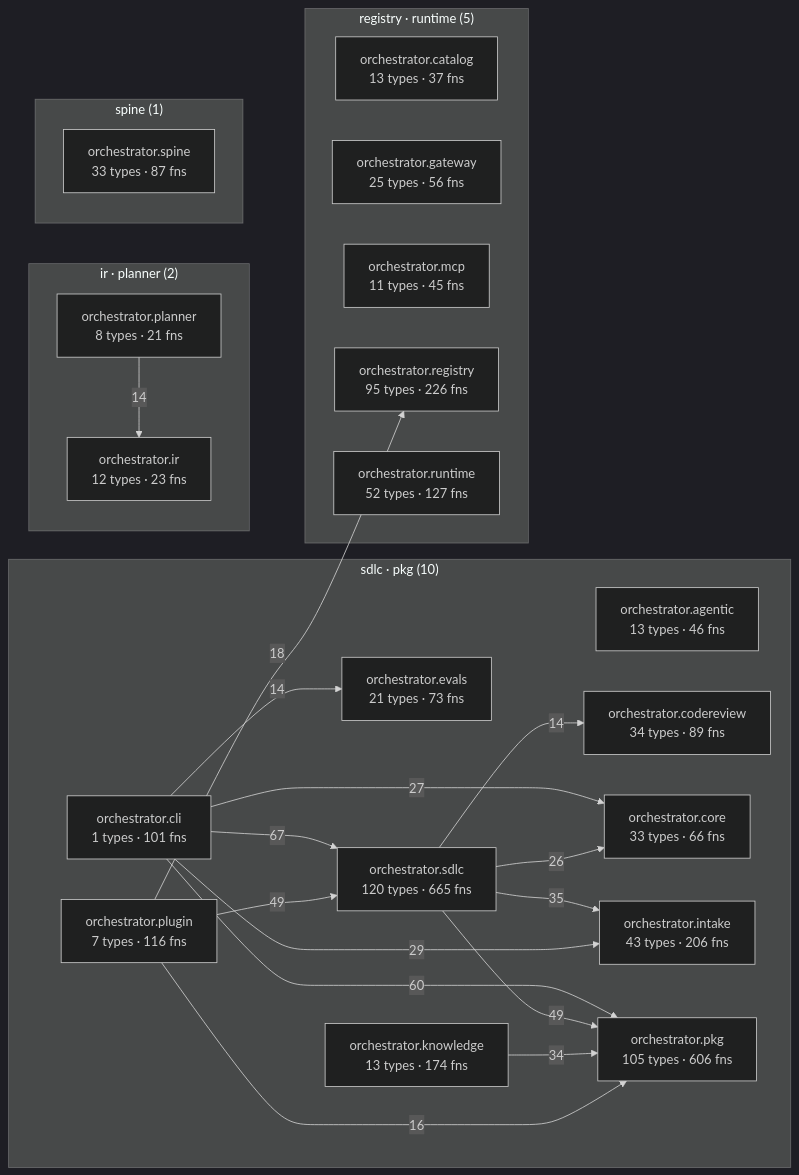
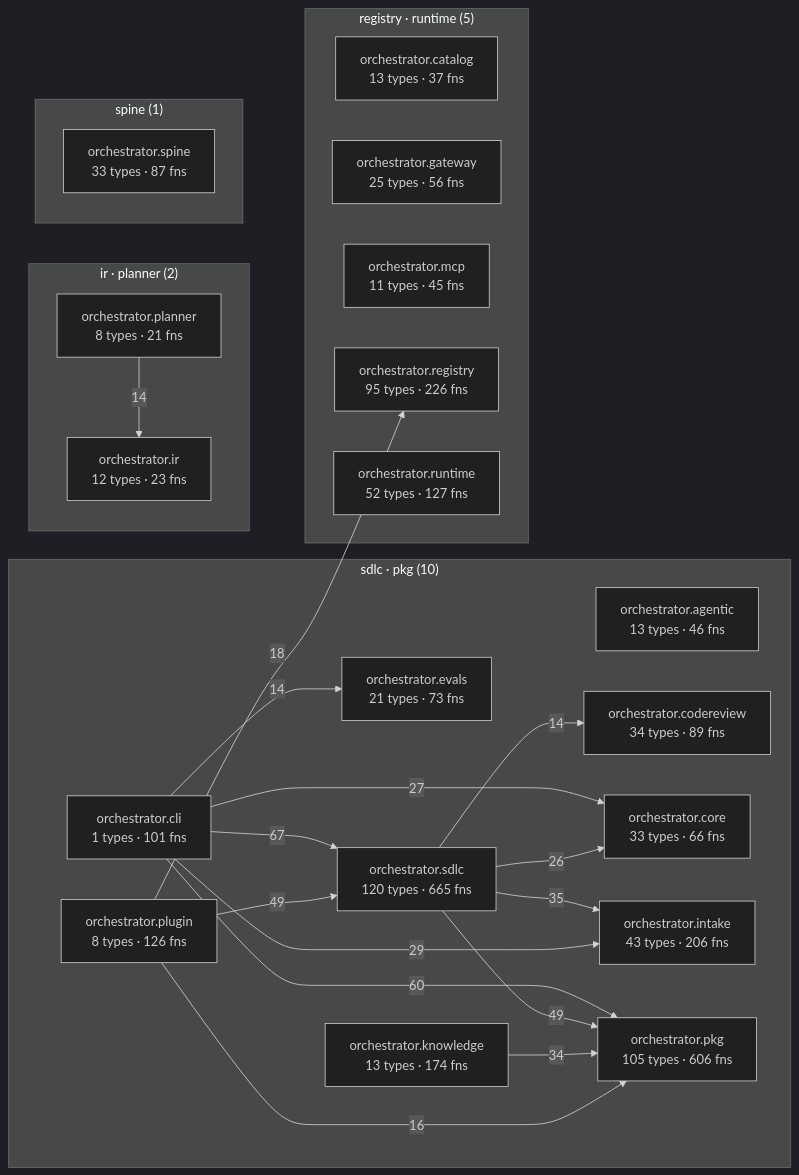
Before and after one commit to synaptixs/spine: the diagram in episteme/architecture.md, drawn with Mermaid (dark theme). The commit also changed other lines of this file and 15 other files, not shown here.

````diff
--- a/episteme/architecture.md
+++ b/episteme/architecture.md
@@ -54,43 +54,43 @@
 ```mermaid
 flowchart LR
   subgraph c_2["sdlc · pkg (10)"]
     aorchestratoragentic["orchestrator.agentic<br/>13 types · 46 fns"]
     aorchestratorcli["orchestrator.cli<br/>1 types · 101 fns"]
     aorchestratorcodereview["orchestrator.codereview<br/>34 types · 89 fns"]
     aorchestratorcore["orchestrator.core<br/>33 types · 66 fns"]
     aorchestratorevals["orchestrator.evals<br/>21 types · 73 fns"]
     aorchestratorintake["orchestrator.intake<br/>43 types · 206 fns"]
     aorchestratorknowledge["orchestrator.knowledge<br/>13 types · 174 fns"]
     aorchestratorpkg["orchestrator.pkg<br/>105 types · 606 fns"]
-    aorchestratorplugin["orchestrator.plugin<br/>7 types · 116 fns"]
+    aorchestratorplugin["orchestrator.plugin<br/>8 types · 126 fns"]
     aorchestratorsdlc["orchestrator.sdlc<br/>120 types · 665 fns"]
   end
   subgraph c_4["registry · runtime (5)"]
     aorchestratorcatalog["orchestrator.catalog<br/>13 types · 37 fns"]
     aorchestratorgateway["orchestrator.gateway<br/>25 types · 56 fns"]
     aorchestratormcp["orchestrator.mcp<br/>11 types · 45 fns"]
     aorchestratorregistry["orchestrator.registry<br/>95 types · 226 fns"]
     aorchestratorruntime["orchestrator.runtime<br/>52 types · 127 fns"]
   end
   subgraph c_7["ir · planner (2)"]
     aorchestratorir["orchestrator.ir<br/>12 types · 23 fns"]
     aorchestratorplanner["orchestrator.planner<br/>8 types · 21 fns"]
   end
   subgraph c_12["spine (1)"]
     aorchestratorspine["orchestrator.spine<br/>33 types · 87 fns"]
   end
   aorchestratorcli -->|67| aorchestratorsdlc
   aorchestratorcli -->|60| aorchestratorpkg
   aorchestratorplugin -->|49| aorchestratorsdlc
   aorchestratorsdlc -->|49| aorchestratorpkg
   aorchestratorsdlc -->|35| aorchestratorintake
   aorchestratorknowledge -->|34| aorchestratorpkg
   aorchestratorcli -->|29| aorchestratorintake
   aorchestratorcli -->|27| aorchestratorcore
   aorchestratorsdlc -->|26| aorchestratorcore
   aorchestratorplugin -->|18| aorchestratorregistry
   aorchestratorplugin -->|16| aorchestratorpkg
   aorchestratorcli -->|14| aorchestratorevals
   aorchestratorplanner -->|14| aorchestratorir
   aorchestratorsdlc -->|14| aorchestratorcodereview
 ```
````
